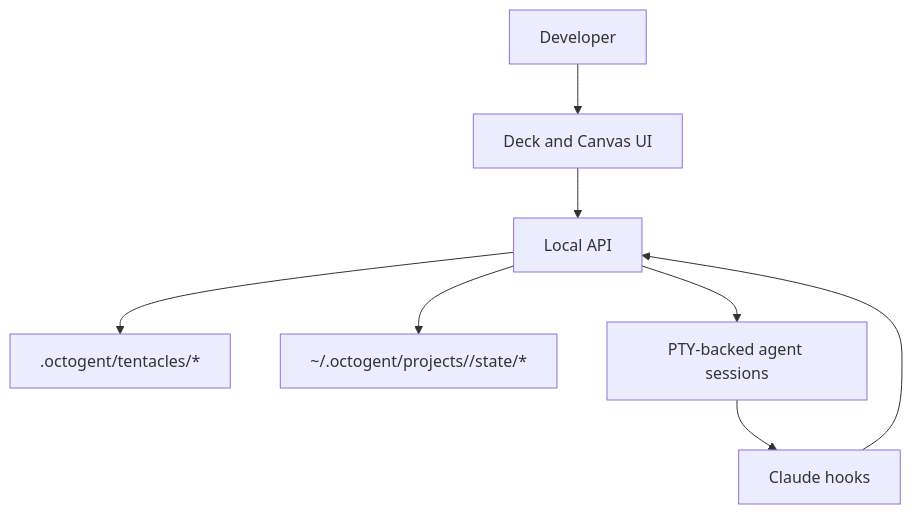
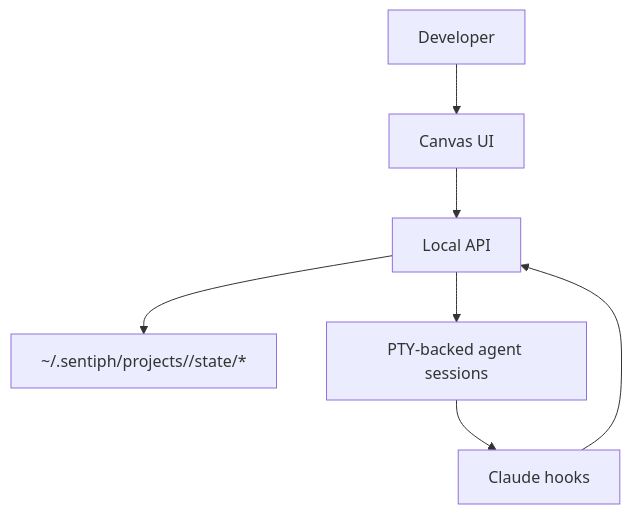
One commit to josephg29/improvedsentiph changed the diagram in docs/concepts/mental-model.md. Above: the diagram before and after it, drawn with Mermaid. The commit also changed other lines of this file and 202 other files, not shown here.

````diff
--- a/docs/concepts/mental-model.md
+++ b/docs/concepts/mental-model.md
@@ -9,10 +9,9 @@
 ```mermaid
 flowchart TD
-  Human[Developer] --> Deck[Deck and Canvas UI]
-  Deck --> API[Local API]
-  API --> Files[".octogent/tentacles/*"]
-  API --> State["~/.octogent/projects/<id>/state/*"]
+  Human[Developer] --> Canvas[Canvas UI]
+  Canvas --> API[Local API]
+  API --> State["~/.sentiph/projects/<id>/state/*"]
   API --> PTY[PTY-backed agent sessions]
   PTY --> Hooks[Claude hooks]
   Hooks --> API
 ```
````
